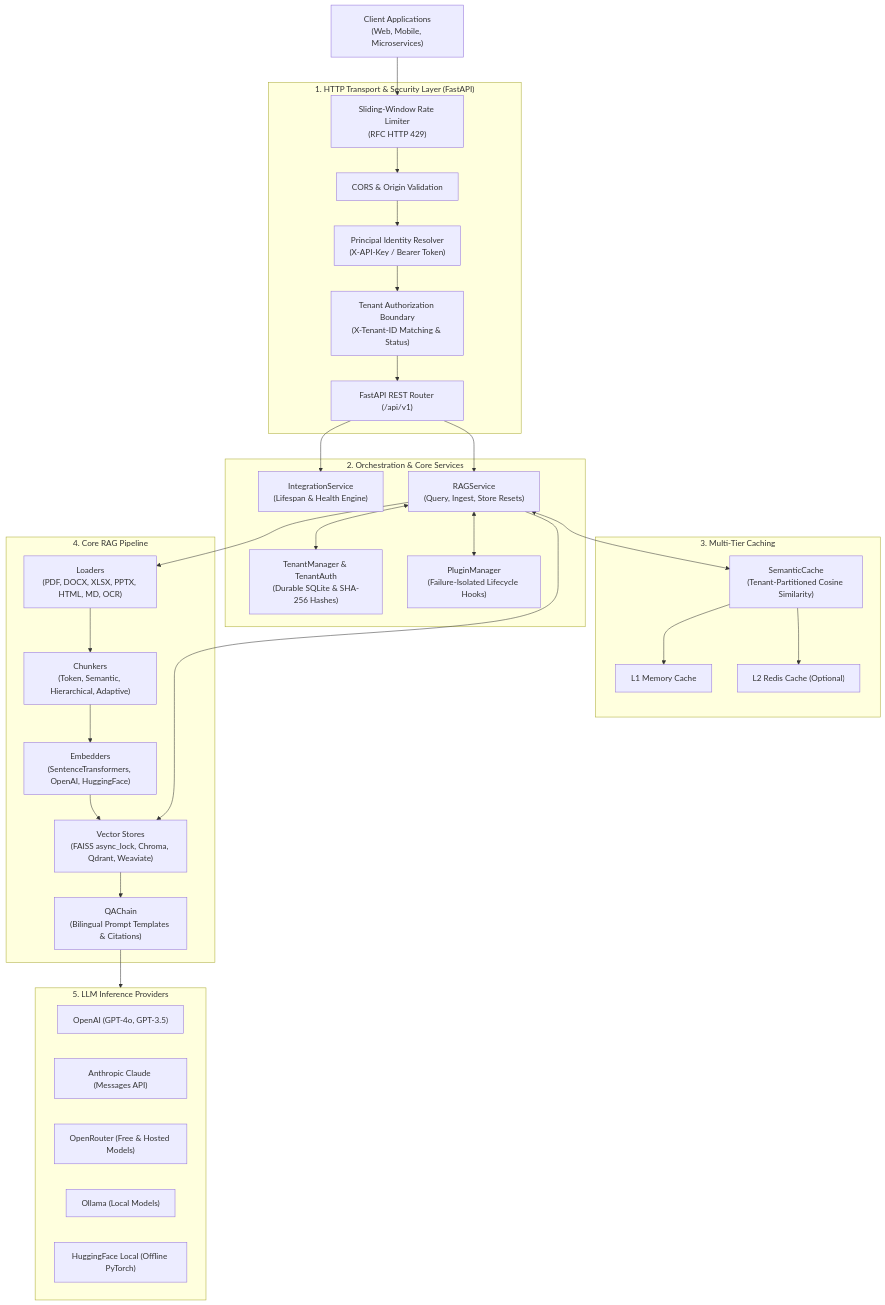
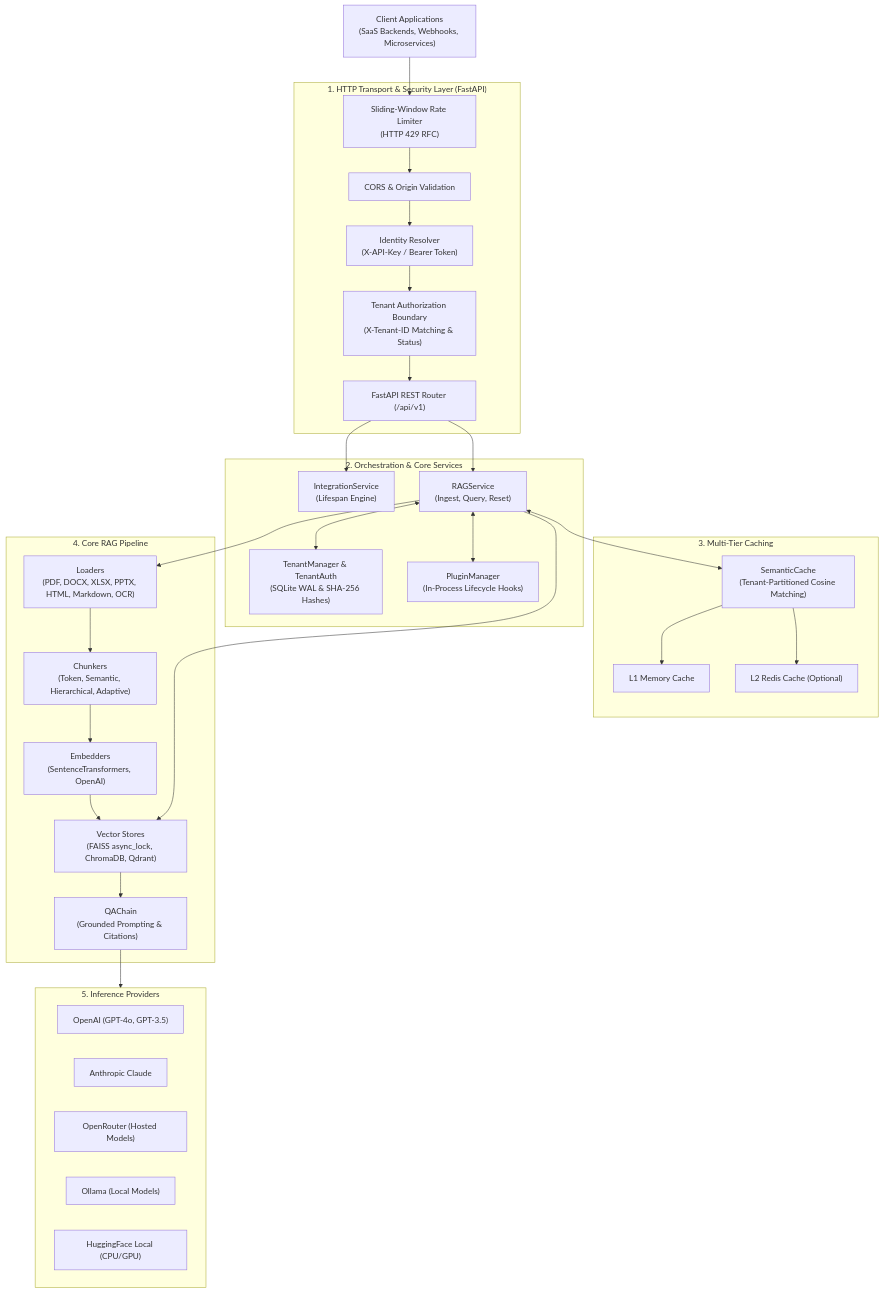
Before and after one commit to dibbed/tenant-rag: the diagram in README.md, drawn with Mermaid. The commit also changed other lines of this file and 44 other files, not shown here.

````diff
--- a/README.md
+++ b/README.md
@@ -21,54 +130,54 @@
 ```mermaid
 flowchart TD
-    Client["Client Applications<br/>(Web, Mobile, Microservices)"]
+    Client["Client Applications<br/>(SaaS Backends, Webhooks, Microservices)"]
 
     subgraph Transport ["1. HTTP Transport & Security Layer (FastAPI)"]
-        RL["Sliding-Window Rate Limiter<br/>(RFC HTTP 429)"]
+        RL["Sliding-Window Rate Limiter<br/>(HTTP 429 RFC)"]
         CORS["CORS & Origin Validation"]
-        AuthMiddleware["Principal Identity Resolver<br/>(X-API-Key / Bearer Token)"]
-        TenantAuthBoundary["Tenant Authorization Boundary<br/>(X-Tenant-ID Matching & Status)"]
-        API["FastAPI REST Router (/api/v1)"]
+        AuthResolver["Identity Resolver<br/>(X-API-Key / Bearer Token)"]
+        TenantBoundary["Tenant Authorization Boundary<br/>(X-Tenant-ID Matching & Status)"]
+        APIRouter["FastAPI REST Router (/api/v1)"]
     end
 
     subgraph ServiceLayer ["2. Orchestration & Core Services"]
-        IntService["IntegrationService<br/>(Lifespan & Health Engine)"]
-        RAGService["RAGService<br/>(Query, Ingest, Store Resets)"]
-        TenantMgr["TenantManager & TenantAuth<br/>(Durable SQLite & SHA-256 Hashes)"]
-        PluginMgr["PluginManager<br/>(Failure-Isolated Lifecycle Hooks)"]
+        IntService["IntegrationService<br/>(Lifespan Engine)"]
+        RAGService["RAGService<br/>(Ingest, Query, Reset)"]
+        TenantMgr["TenantManager & TenantAuth<br/>(SQLite WAL & SHA-256 Hashes)"]
+        PluginMgr["PluginManager<br/>(In-Process Lifecycle Hooks)"]
     end
 
     subgraph CacheSystem ["3. Multi-Tier Caching"]
-        SemanticCache["SemanticCache<br/>(Tenant-Partitioned Cosine Similarity)"]
+        SemanticCache["SemanticCache<br/>(Tenant-Partitioned Cosine Matching)"]
         L1Cache["L1 Memory Cache"]
         L2Cache["L2 Redis Cache (Optional)"]
     end
 
     subgraph RAGCore ["4. Core RAG Pipeline"]
-        Loaders["Loaders<br/>(PDF, DOCX, XLSX, PPTX, HTML, MD, OCR)"]
+        Loaders["Loaders<br/>(PDF, DOCX, XLSX, PPTX, HTML, Markdown, OCR)"]
         Chunkers["Chunkers<br/>(Token, Semantic, Hierarchical, Adaptive)"]
-        Embedders["Embedders<br/>(SentenceTransformers, OpenAI, HuggingFace)"]
-        Stores["Vector Stores<br/>(FAISS async_lock, Chroma, Qdrant, Weaviate)"]
-        QAChain["QAChain<br/>(Bilingual Prompt Templates & Citations)"]
+        Embedders["Embedders<br/>(SentenceTransformers, OpenAI)"]
+        Stores["Vector Stores<br/>(FAISS async_lock, ChromaDB, Qdrant)"]
+        QAChain["QAChain<br/>(Grounded Prompting & Citations)"]
     end
 
-    subgraph Providers ["5. LLM Inference Providers"]
+    subgraph Providers ["5. Inference Providers"]
         OpenAI["OpenAI (GPT-4o, GPT-3.5)"]
-        Claude["Anthropic Claude (Messages API)"]
-        OpenRouter["OpenRouter (Free & Hosted Models)"]
+        Claude["Anthropic Claude"]
+        OpenRouter["OpenRouter (Hosted Models)"]
         Ollama["Ollama (Local Models)"]
-        HFLocal["HuggingFace Local (Offline PyTorch)"]
+        HFLocal["HuggingFace Local (CPU/GPU)"]
     end
 
-    Client --> RL --> CORS --> AuthMiddleware --> TenantAuthBoundary --> API
-    API --> IntService
-    API --> RAGService
+    Client --> RL --> CORS --> AuthResolver --> TenantBoundary --> APIRouter
+    APIRouter --> IntService
+    APIRouter --> RAGService
 
     RAGService <--> PluginMgr
     RAGService <--> TenantMgr
     RAGService <--> SemanticCache
 
     RAGService --> Loaders --> Chunkers --> Embedders --> Stores
     RAGService --> Stores --> QAChain --> Providers
     SemanticCache --> L1Cache
     SemanticCache --> L2Cache
 ```
````
